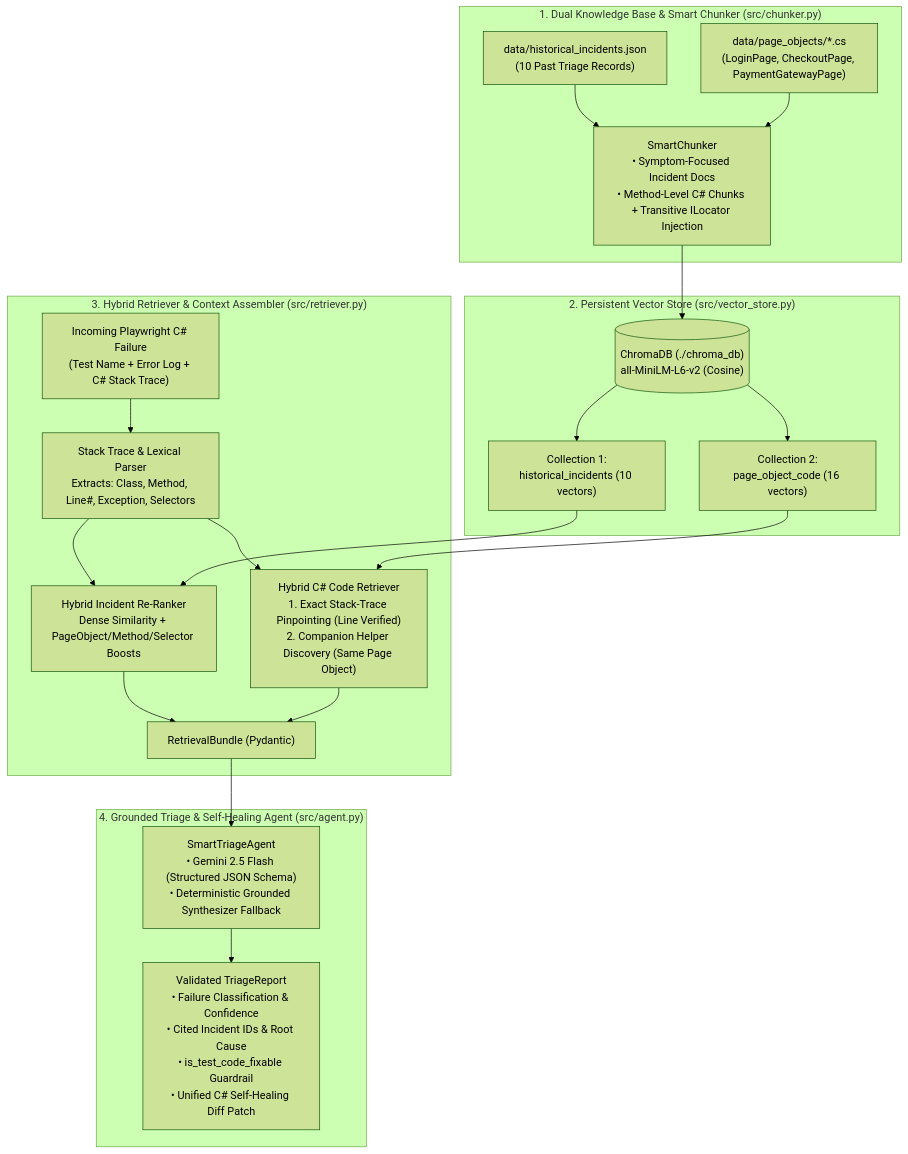
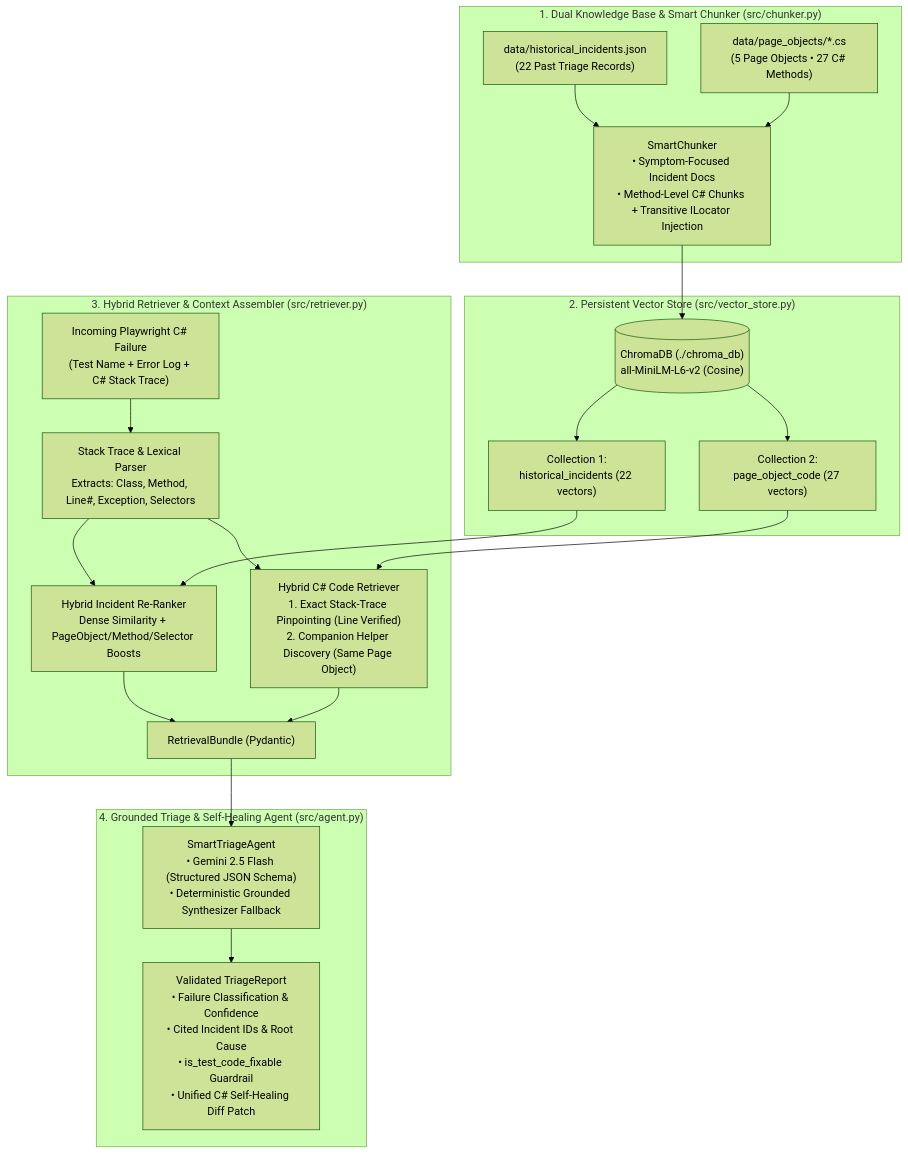
One commit to anishassoun/smart-triage-rag changed the diagram in README.md. Above: the diagram before and after it, drawn with Mermaid (forest theme). The commit also changed other lines of this file and 3 other files, not shown here.

````diff
--- a/README.md
+++ b/README.md
@@ -17,41 +35,41 @@
 ```mermaid
 flowchart TD
     subgraph KB["1. Dual Knowledge Base & Smart Chunker (src/chunker.py)"]
-        INC["data/historical_incidents.json<br/>(10 Past Triage Records)"]
-        PO["data/page_objects/*.cs<br/>(LoginPage, CheckoutPage, PaymentGatewayPage)"]
+        INC["data/historical_incidents.json<br/>(22 Past Triage Records)"]
+        PO["data/page_objects/*.cs<br/>(5 Page Objects • 27 C# Methods)"]
         SC["SmartChunker<br/>• Symptom-Focused Incident Docs<br/>• Method-Level C# Chunks + Transitive ILocator Injection"]
         INC --> SC
         PO --> SC
     end
 
     subgraph VS["2. Persistent Vector Store (src/vector_store.py)"]
         CHROMA[("ChromaDB (./chroma_db)<br/>all-MiniLM-L6-v2 (Cosine)")]
-        COL1["Collection 1:<br/>historical_incidents (10 vectors)"]
-        COL2["Collection 2:<br/>page_object_code (16 vectors)"]
+        COL1["Collection 1:<br/>historical_incidents (22 vectors)"]
+        COL2["Collection 2:<br/>page_object_code (27 vectors)"]
         SC --> CHROMA
         CHROMA --> COL1
         CHROMA --> COL2
     end
 
     subgraph RET["3. Hybrid Retriever & Context Assembler (src/retriever.py)"]
         FAIL["Incoming Playwright C# Failure<br/>(Test Name + Error Log + C# Stack Trace)"]
         PARSE["Stack Trace & Lexical Parser<br/>Extracts: Class, Method, Line#, Exception, Selectors"]
         HYB_INC["Hybrid Incident Re-Ranker<br/>Dense Similarity + PageObject/Method/Selector Boosts"]
         HYB_CODE["Hybrid C# Code Retriever<br/>1. Exact Stack-Trace Pinpointing (Line Verified)<br/>2. Companion Helper Discovery (Same Page Object)"]
         BUNDLE["RetrievalBundle (Pydantic)"]
 
         FAIL --> PARSE
         PARSE --> HYB_INC
         PARSE --> HYB_CODE
         COL1 --> HYB_INC
         COL2 --> HYB_CODE
         HYB_INC --> BUNDLE
         HYB_CODE --> BUNDLE
     end
 
     subgraph AGENT["4. Grounded Triage & Self-Healing Agent (src/agent.py)"]
         LLM["SmartTriageAgent<br/>• Gemini 2.5 Flash (Structured JSON Schema)<br/>• Deterministic Grounded Synthesizer Fallback"]
         REPORT["Validated TriageReport<br/>• Failure Classification & Confidence<br/>• Cited Incident IDs & Root Cause<br/>• is_test_code_fixable Guardrail<br/>• Unified C# Self-Healing Diff Patch"]
         BUNDLE --> LLM --> REPORT
     end
 ```
````
